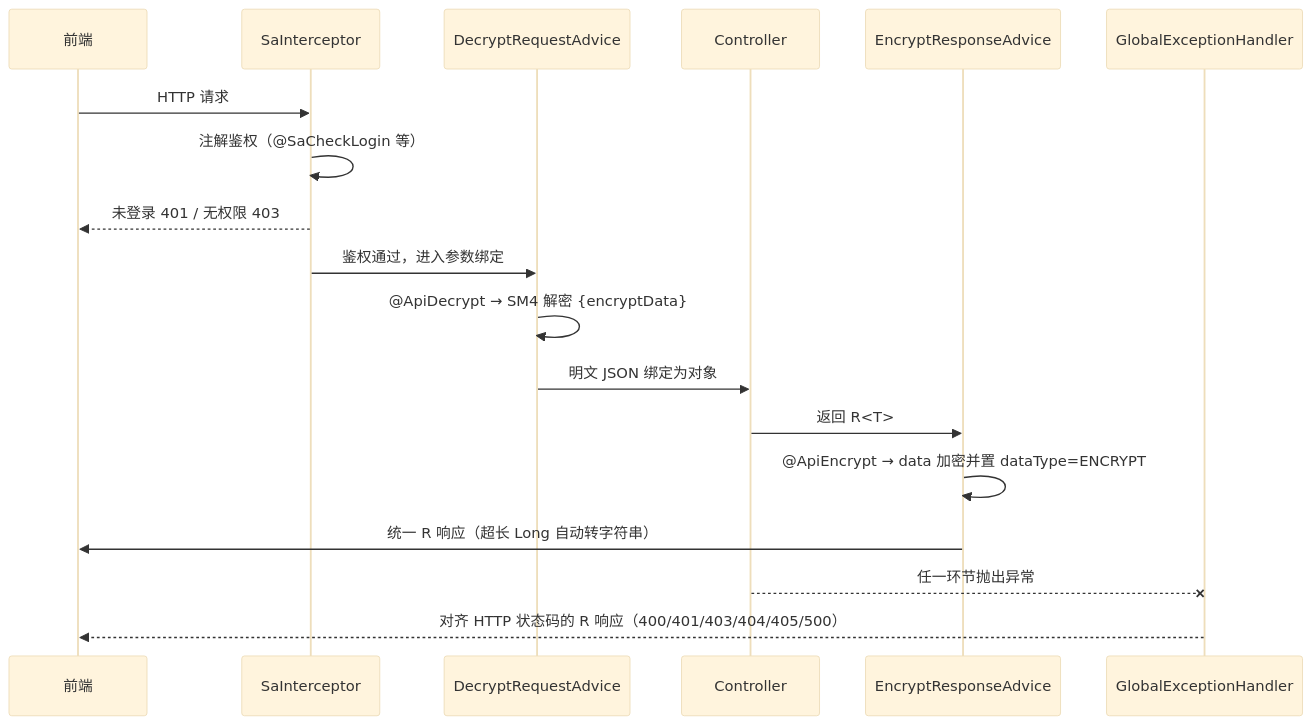
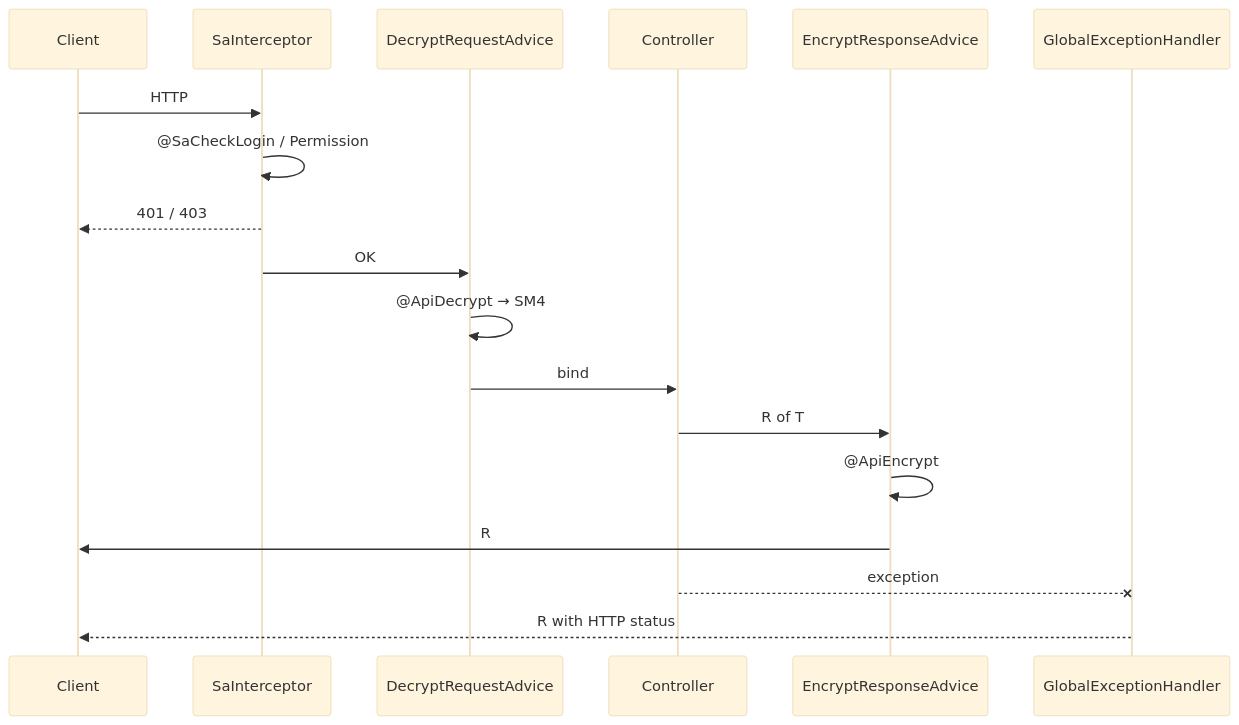
Before and after one commit to mugsun/mugsun-core: the second of 2 diagrams in README.md, drawn with Mermaid (base theme). The commit also changed other lines of this file and 1 other file, not shown here.

````diff
--- a/README.md
+++ b/README.md
@@ -97,21 +112,21 @@
 ```mermaid
 sequenceDiagram
-	participant FE as 前端
-	participant SA as SaInterceptor
-	participant DA as DecryptRequestAdvice
-	participant CTL as Controller
-	participant EA as EncryptResponseAdvice
-	participant EH as GlobalExceptionHandler
+  participant FE as Client
+  participant SA as SaInterceptor
+  participant DA as DecryptRequestAdvice
+  participant CTL as Controller
+  participant EA as EncryptResponseAdvice
+  participant EH as GlobalExceptionHandler
 
-	FE->>SA: HTTP 请求
-	SA->>SA: 注解鉴权（@SaCheckLogin 等）
-	SA-->>FE: 未登录 401 / 无权限 403
-	SA->>DA: 鉴权通过，进入参数绑定
-	DA->>DA: @ApiDecrypt → SM4 解密 {encryptData}
-	DA->>CTL: 明文 JSON 绑定为对象
-	CTL->>EA: 返回 R<T>
-	EA->>EA: @ApiEncrypt → data 加密并置 dataType=ENCRYPT
-	EA->>FE: 统一 R 响应（超长 Long 自动转字符串）
-	CTL--xEH: 任一环节抛出异常
-	EH-->>FE: 对齐 HTTP 状态码的 R 响应（400/401/403/404/405/500）
+  FE->>SA: HTTP
+  SA->>SA: @SaCheckLogin / Permission
+  SA-->>FE: 401 / 403
+  SA->>DA: OK
+  DA->>DA: @ApiDecrypt → SM4
+  DA->>CTL: bind
+  CTL->>EA: R of T
+  EA->>EA: @ApiEncrypt
+  EA->>FE: R
+  CTL--xEH: exception
+  EH-->>FE: R with HTTP status
 ```
````
